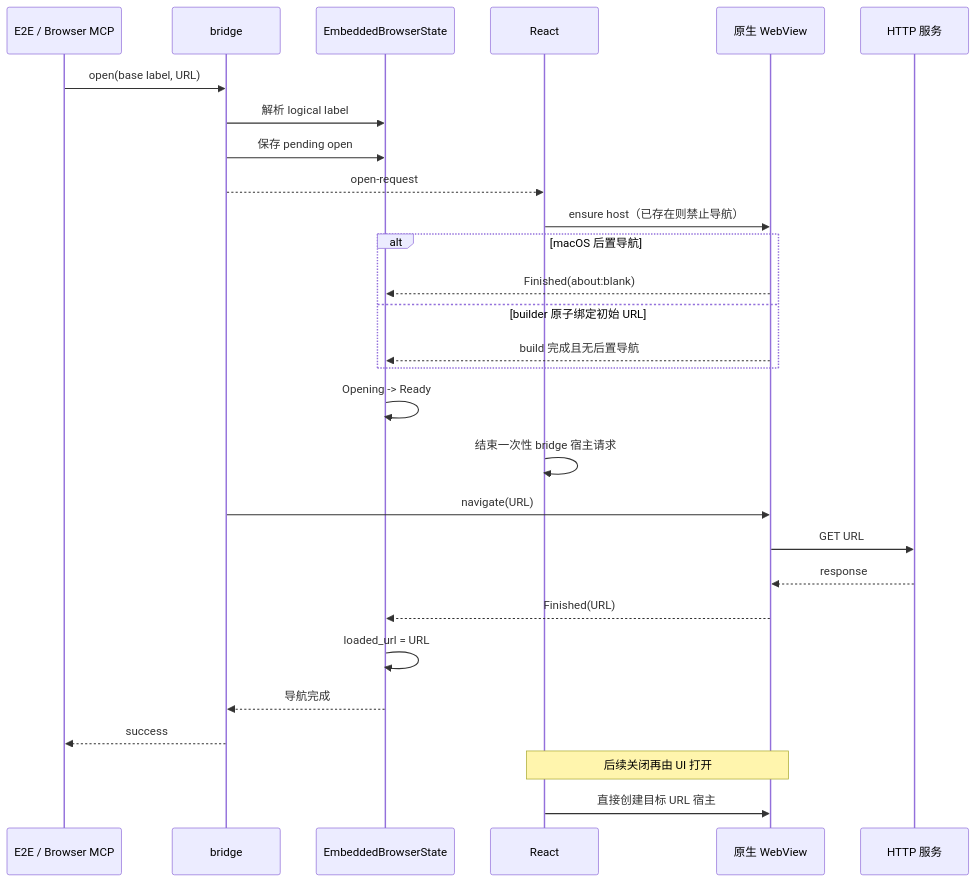
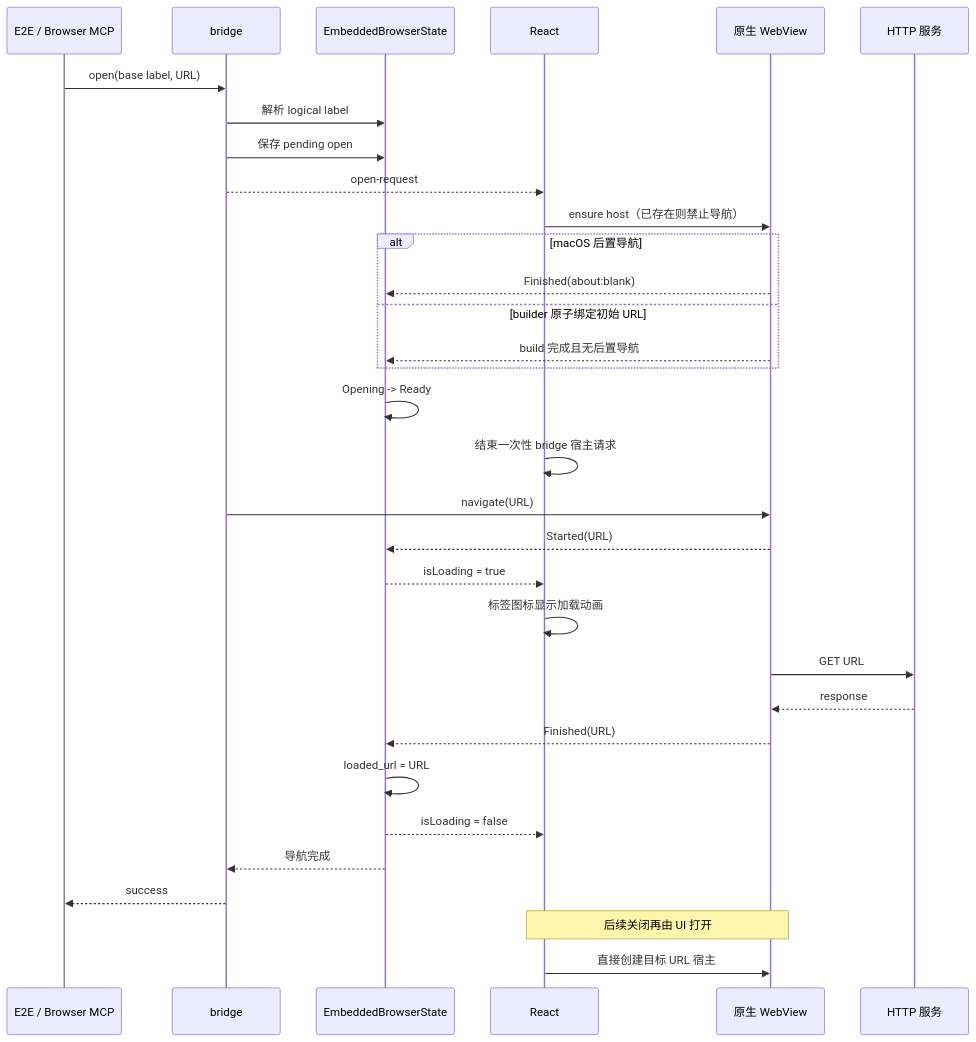
The second of 2 diagrams in docs/zh/architecture/embedded-browser.md (wecode-ai/Wegent), drawn with Mermaid before and after one commit. The commit also changed other lines of this file and 10 other files, not shown here.

````diff
--- a/docs/zh/architecture/embedded-browser.md
+++ b/docs/zh/architecture/embedded-browser.md
@@ -31,32 +33,36 @@
 ```mermaid
 sequenceDiagram
     participant C as E2E / Browser MCP
     participant B as bridge
     participant S as EmbeddedBrowserState
     participant R as React
     participant W as 原生 WebView
     participant H as HTTP 服务
 
     C->>B: open(base label, URL)
     B->>S: 解析 logical label
     B->>S: 保存 pending open
     B-->>R: open-request
     R->>W: ensure host（已存在则禁止导航）
     alt macOS 后置导航
         W-->>S: Finished(about:blank)
     else builder 原子绑定初始 URL
         W-->>S: build 完成且无后置导航
     end
     S->>S: Opening -> Ready
     R->>R: 结束一次性 bridge 宿主请求
     B->>W: navigate(URL)
+    W-->>S: Started(URL)
+    S-->>R: isLoading = true
+    R->>R: 标签图标显示加载动画
     W->>H: GET URL
     H-->>W: response
     W-->>S: Finished(URL)
     S->>S: loaded_url = URL
+    S-->>R: isLoading = false
     S-->>B: 导航完成
     B-->>C: success
 
     Note over R,W: 后续关闭再由 UI 打开
     R->>W: 直接创建目标 URL 宿主
 ```
````
